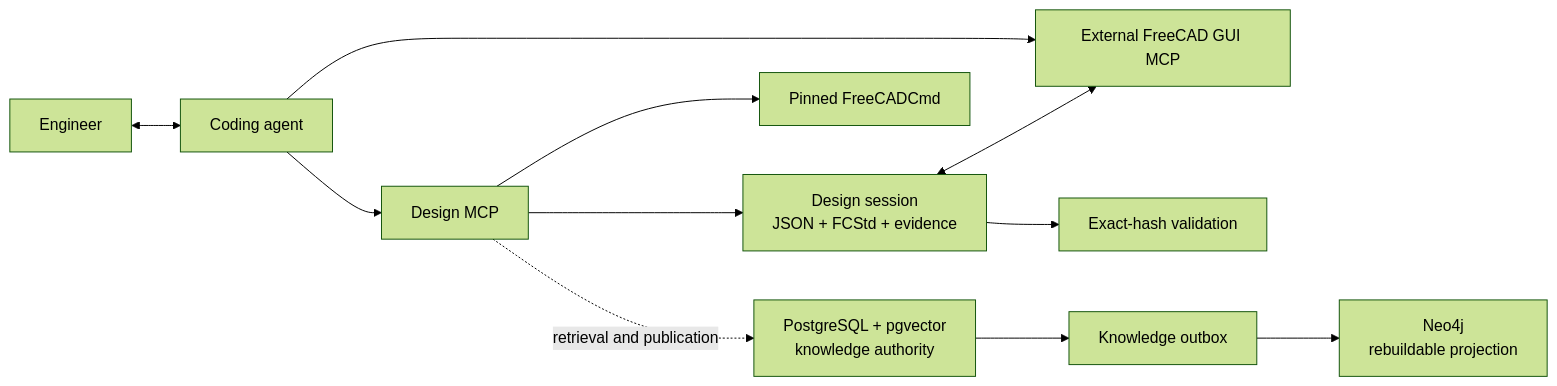
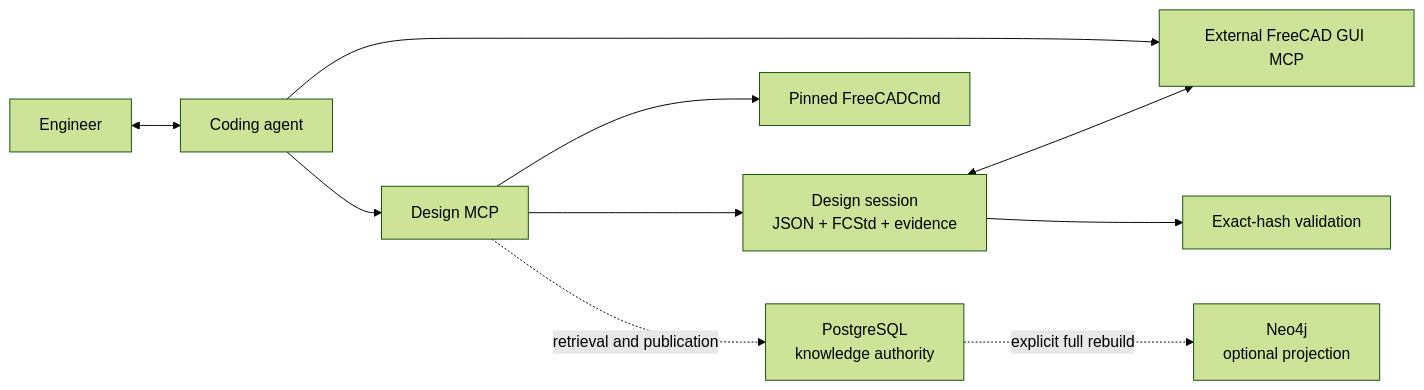
Before and after one commit to Milkdomeda/ai-mechanical-3dcad-design-agent: the diagram in docs/ARCHITECTURE.md, drawn with Mermaid (forest theme). The commit also changed other lines of this file and 9 other files, not shown here.

````diff
--- a/docs/ARCHITECTURE.md
+++ b/docs/ARCHITECTURE.md
@@ -3,13 +3,12 @@
 ```mermaid
 flowchart LR
   User["Engineer"] <--> Agent["Coding agent"]
   Agent --> Design["Design MCP"]
   Agent --> GUI["External FreeCAD GUI MCP"]
   Design --> Session["Design session<br/>JSON + FCStd + evidence"]
   Session <--> GUI
   Design --> CMD["Pinned FreeCADCmd"]
   Session --> Validation["Exact-hash validation"]
-  Design -. retrieval and publication .-> PG["PostgreSQL + pgvector<br/>knowledge authority"]
-  PG --> Outbox["Knowledge outbox"]
-  Outbox --> Neo["Neo4j<br/>rebuildable projection"]
+  Design -. retrieval and publication .-> PG["PostgreSQL<br/>knowledge authority"]
+  PG -. explicit full rebuild .-> Neo["Neo4j<br/>optional projection"]
 ```
````
